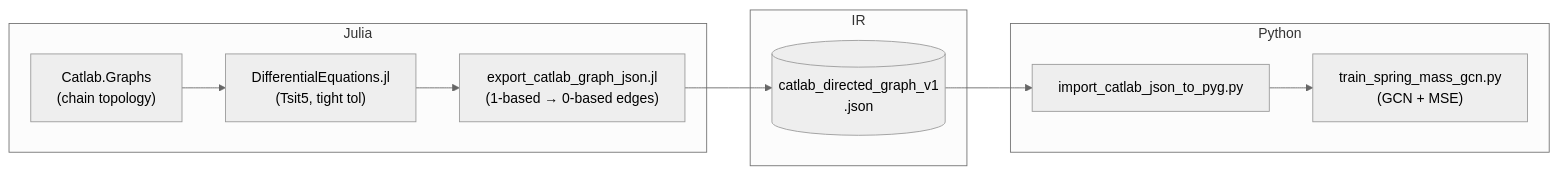
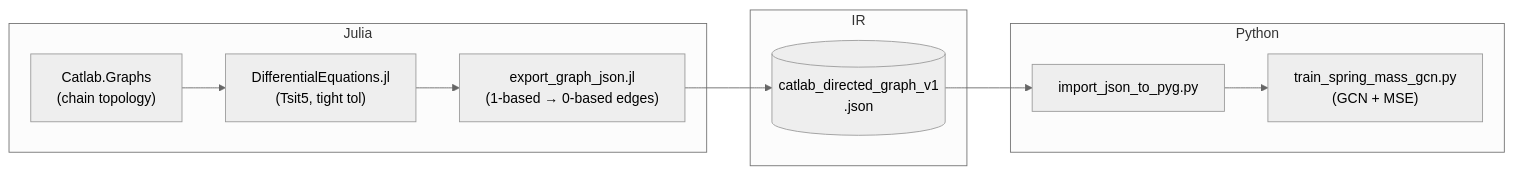
The first of 2 diagrams in README.md (kohmaruworks/physics-gnn-surrogate-basic), drawn with Mermaid (neutral theme) before and after one commit. The commit also changed other lines of this file and 11 other files, not shown here.

First line of the commit message:
Restructure: src_julia/export_graph_json, src_python loader & physics_gnn_base, data/, MIT LICENSE

````diff
--- a/README.md
+++ b/README.md
@@ -72,20 +99,20 @@
 ```mermaid
 flowchart LR
   subgraph JL["Julia"]
     G["Catlab.Graphs<br/>(chain topology)"]
     O["DifferentialEquations.jl<br/>(Tsit5, tight tol)"]
-    E["export_catlab_graph_json.jl<br/>(1-based → 0-based edges)"]
+    E["export_graph_json.jl<br/>(1-based → 0-based edges)"]
     G --> O
     O --> E
   end
   subgraph IR["IR"]
     J[("catlab_directed_graph_v1<br/>.json")]
   end
   subgraph PY["Python"]
-    L["import_catlab_json_to_pyg.py"]
+    L["import_json_to_pyg.py"]
     T["train_spring_mass_gcn.py<br/>(GCN + MSE)"]
     L --> T
   end
   E --> J
   J --> L
 ```
````
